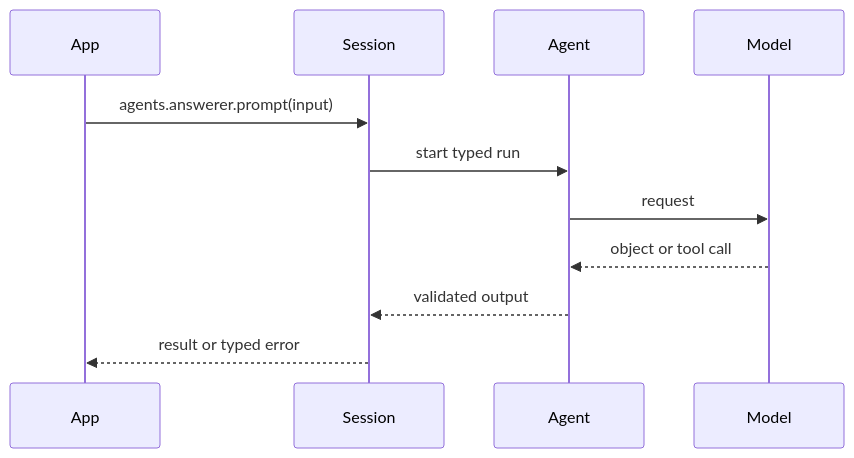
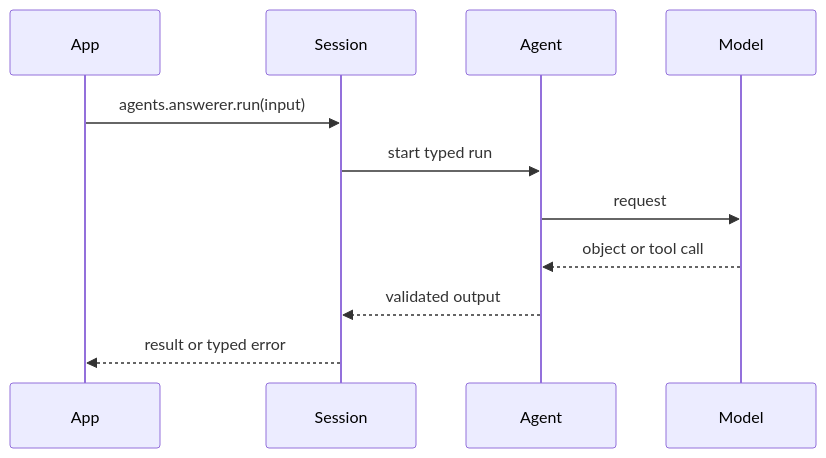
The diagram in web/src/content/handbook/harness/understand-the-harness/agents-sessions-and-lifecycle.md (puristajs/purista), drawn with Mermaid before and after one commit. The commit also changed other lines of this file and 296 other files, not shown here.

````diff
--- a/web/src/content/handbook/harness/understand-the-harness/agents-sessions-and-lifecycle.md
+++ b/web/src/content/handbook/harness/understand-the-harness/agents-sessions-and-lifecycle.md
@@ -12,13 +12,13 @@
 ```mermaid title="Agent execution through a session"
 sequenceDiagram
   participant App
   participant Session
   participant Agent
   participant Model
-  App->>Session: agents.answerer.prompt(input)
+  App->>Session: agents.answerer.run(input)
   Session->>Agent: start typed run
   Agent->>Model: request
   Model-->>Agent: object or tool call
   Agent-->>Session: validated output
   Session-->>App: result or typed error
 ```
````
